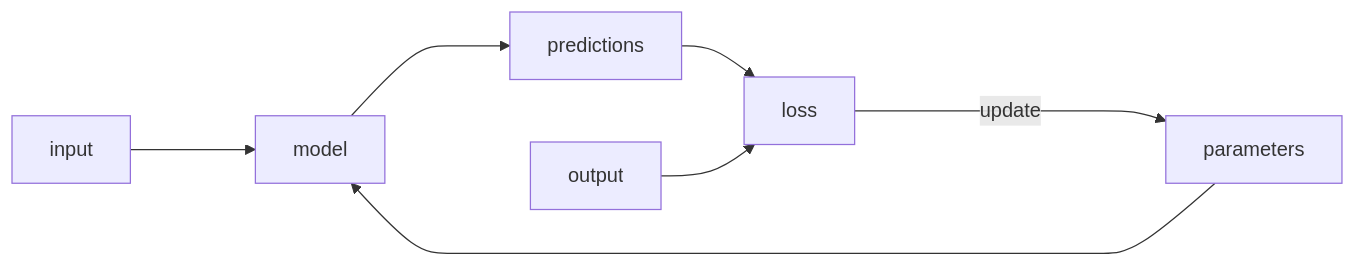
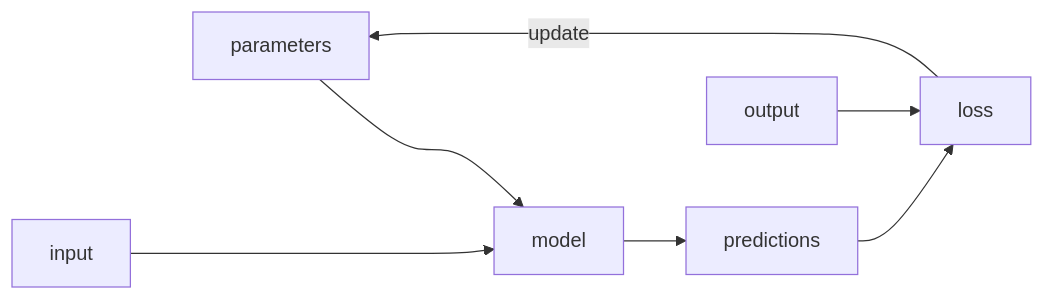
Before and after one commit to nicoladerric/nicoladerric.github.io: the third of 3 diagrams in _posts/2023-08-16-rivoluzione.md, drawn with Mermaid.

````diff
--- a/_posts/2023-08-16-rivoluzione.md
+++ b/_posts/2023-08-16-rivoluzione.md
@@ -31,9 +31,9 @@
 ```mermaid
 flowchart LR;
-    input ---> model;
     parameters --> model;
-    model ---> predictions;
+    input ----> model;
+    model --> predictions;
     predictions --> loss;
     output --> loss;
     loss -----> |update|parameters;
 ```
````
